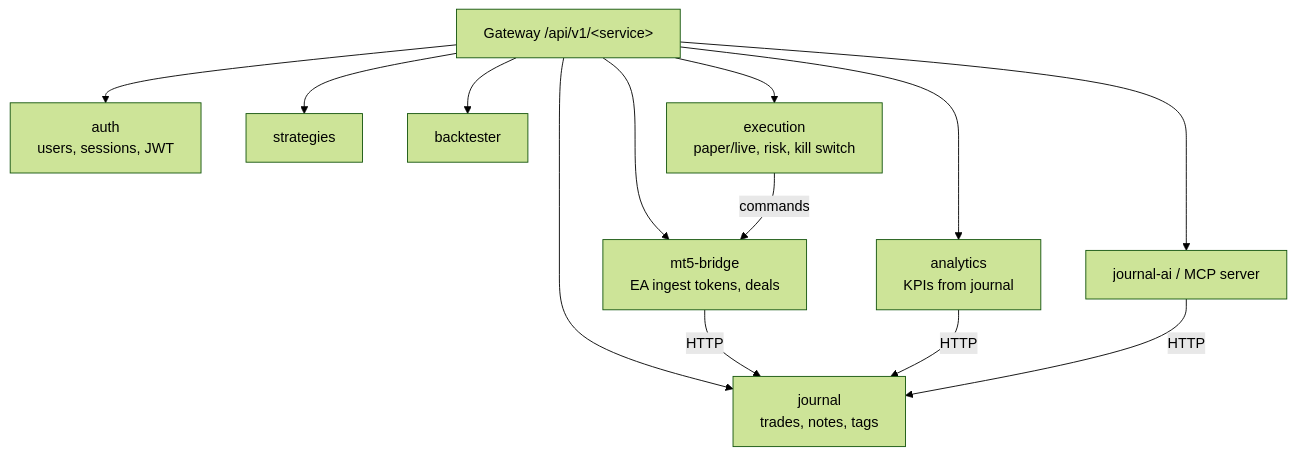
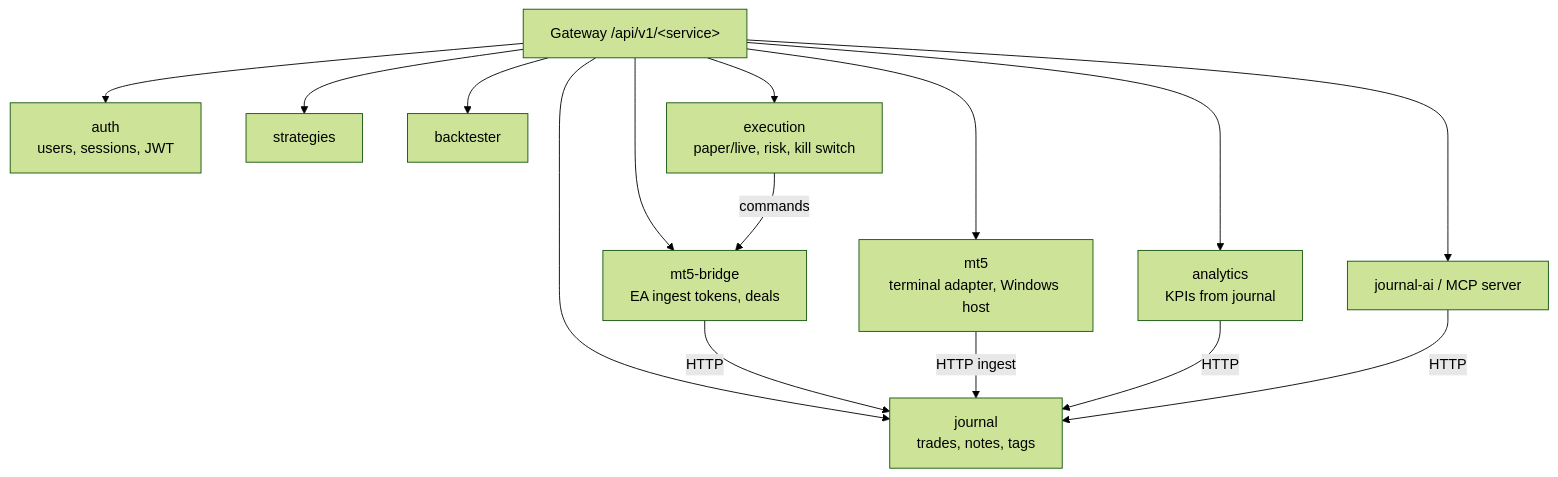
The second of 2 diagrams in docs/architecture.md (HarryWarrior/Trading-bot-backend), drawn with Mermaid (forest theme) before and after one commit. The commit also changed other lines of this file and 6 other files, not shown here.

Commit message:
docs: document mt5 service and terminal adapter

````diff
--- a/docs/architecture.md
+++ b/docs/architecture.md
@@ -25,16 +25,18 @@
 ```mermaid
 flowchart TB
-  gw[Gateway /api/v1/&lt;service&gt;] --> auth & journal & analytics & bridge & strat & bt & exec & ai
+  gw[Gateway /api/v1/&lt;service&gt;] --> auth & journal & analytics & mt5 & bridge & strat & bt & exec & ai
   auth[auth<br/>users, sessions, JWT]
   journal[journal<br/>trades, notes, tags]
   analytics[analytics<br/>KPIs from journal]
+  mt5[mt5<br/>terminal adapter, Windows host]
   bridge[mt5-bridge<br/>EA ingest tokens, deals]
   strat[strategies]
   bt[backtester]
   exec[execution<br/>paper/live, risk, kill switch]
   ai[journal-ai / MCP server]
   bridge -->|HTTP| journal
+  mt5 -->|HTTP ingest| journal
   analytics -->|HTTP| journal
   ai -->|HTTP| journal
   exec -->|commands| bridge
 ```
````
